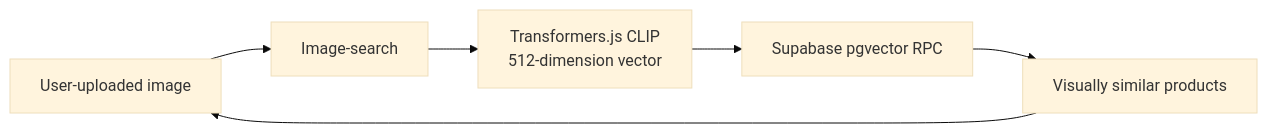
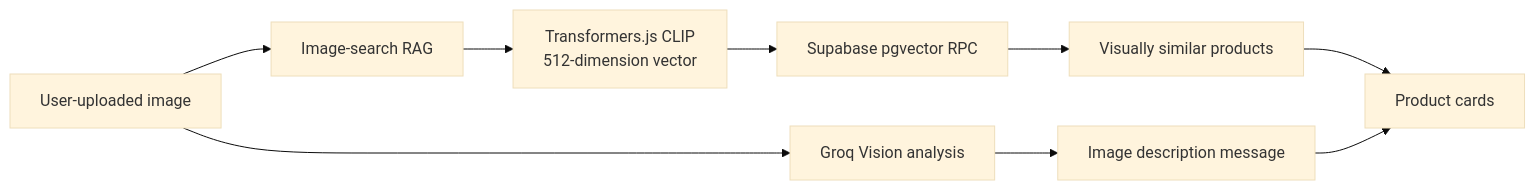
The fourth of 4 diagrams in README.md (GenieAI-Development/GenieAI-frontend), drawn with Mermaid (base theme) before and after one commit. The commit also changed other lines of this file and 20 other files, not shown here.

````diff
--- a/README.md
+++ b/README.md
@@ -118,8 +177,11 @@
 ```mermaid
 flowchart LR
-  U[User-uploaded image] --> N[Image-search]
+  U[User-uploaded image] --> N[Image-search RAG]
+  U --> V[Groq Vision analysis]
   N --> C[Transformers.js CLIP\n512-dimension vector]
   C --> S[Supabase pgvector RPC]
   S --> P[Visually similar products]
-  P --> U
+  V --> M[Image description message]
+  P --> UI[Product cards]
+  M --> UI
 ```
````
